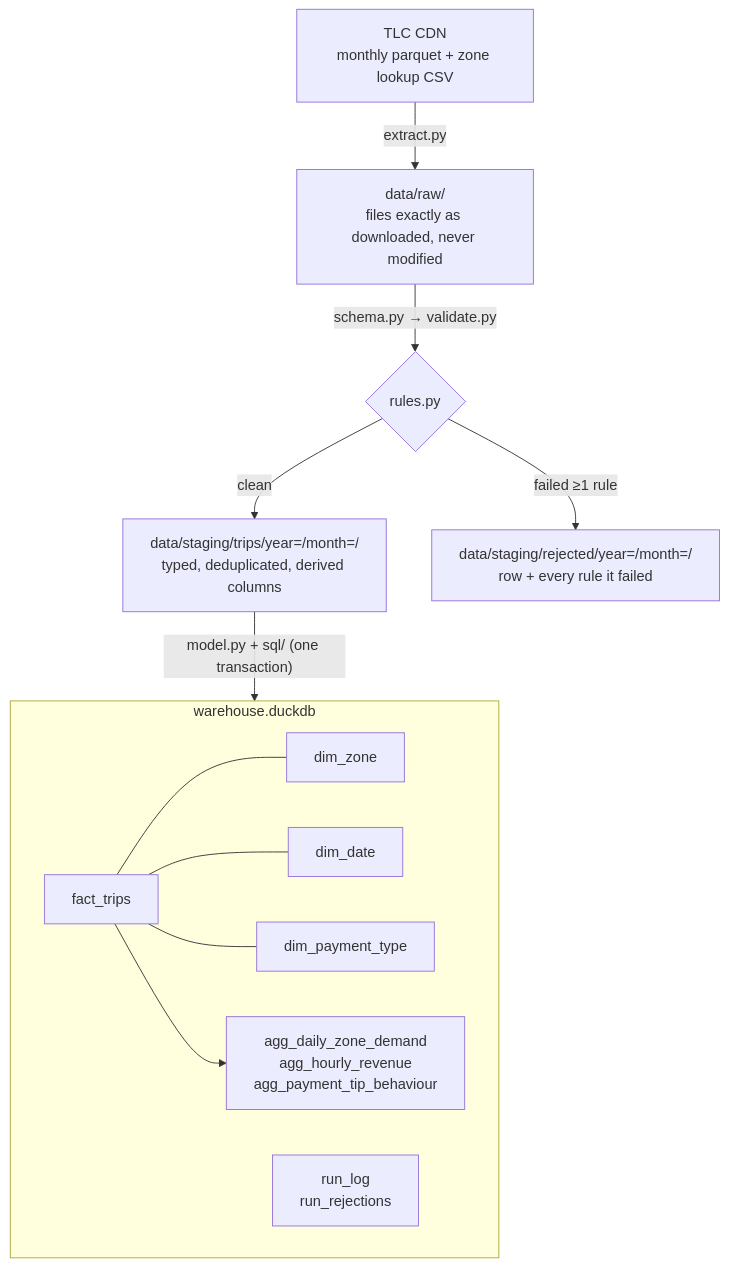
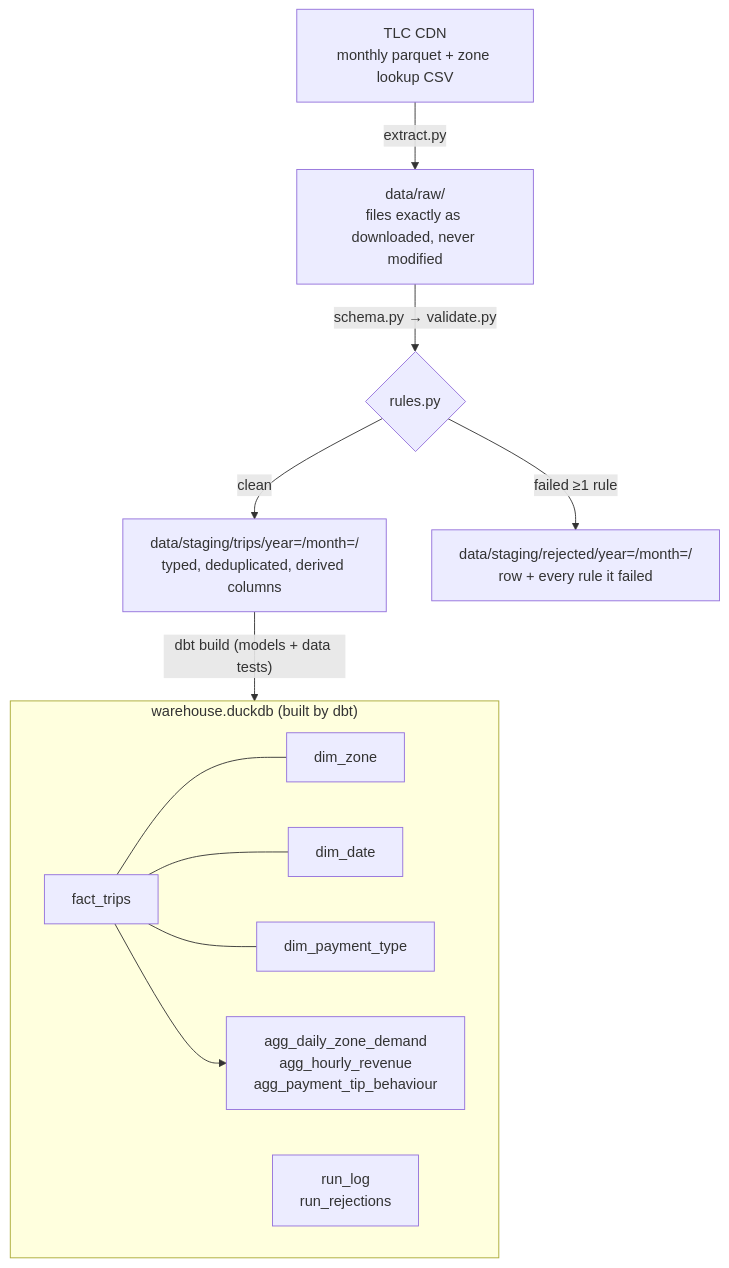
Before and after one commit to Emmanuel-Esplin/nyc-taxi-pipeline: the first of 2 diagrams in README.md, drawn with Mermaid. The commit also changed other lines of this file and 1 other file, not shown here.

First line of the commit message:
docs: document the dbt layer and publish dbt docs from CI

````diff
--- a/README.md
+++ b/README.md
@@ -18,16 +18,16 @@
 ```mermaid
 flowchart TD
     SRC["TLC CDN<br/>monthly parquet + zone lookup CSV"] -->|extract.py| RAW
     RAW["data/raw/<br/>files exactly as downloaded, never modified"] -->|"schema.py → validate.py"| SPLIT{rules.py}
     SPLIT -->|clean| STG["data/staging/trips/year=/month=/<br/>typed, deduplicated, derived columns"]
     SPLIT -->|failed ≥1 rule| REJ["data/staging/rejected/year=/month=/<br/>row + every rule it failed"]
-    STG -->|"model.py + sql/ (one transaction)"| WH
-    subgraph WH["warehouse.duckdb"]
+    STG -->|"dbt build (models + data tests)"| WH
+    subgraph WH["warehouse.duckdb (built by dbt)"]
         direction LR
         F[fact_trips] --- D1[dim_zone]
         F --- D2[dim_date]
         F --- D3[dim_payment_type]
         F --> A["agg_daily_zone_demand<br/>agg_hourly_revenue<br/>agg_payment_tip_behaviour"]
         L["run_log<br/>run_rejections"]
     end
 ```
````
